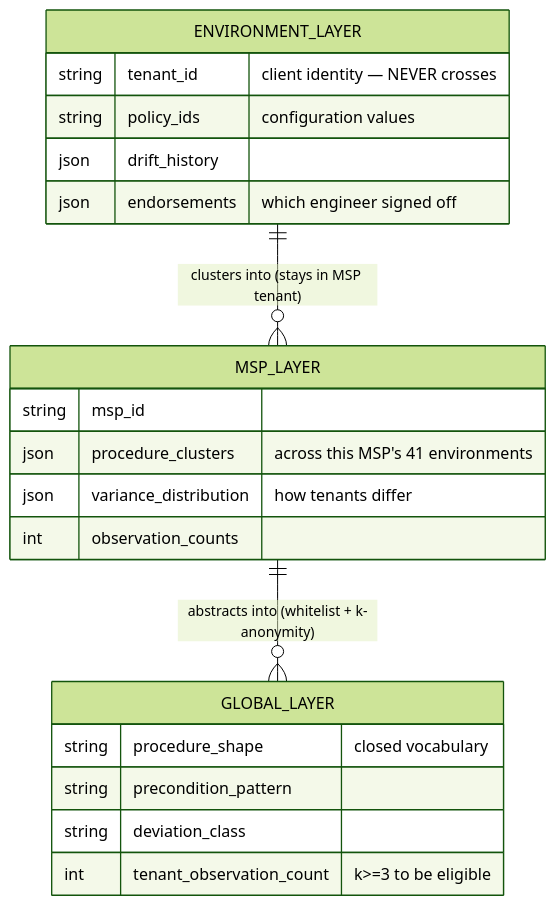
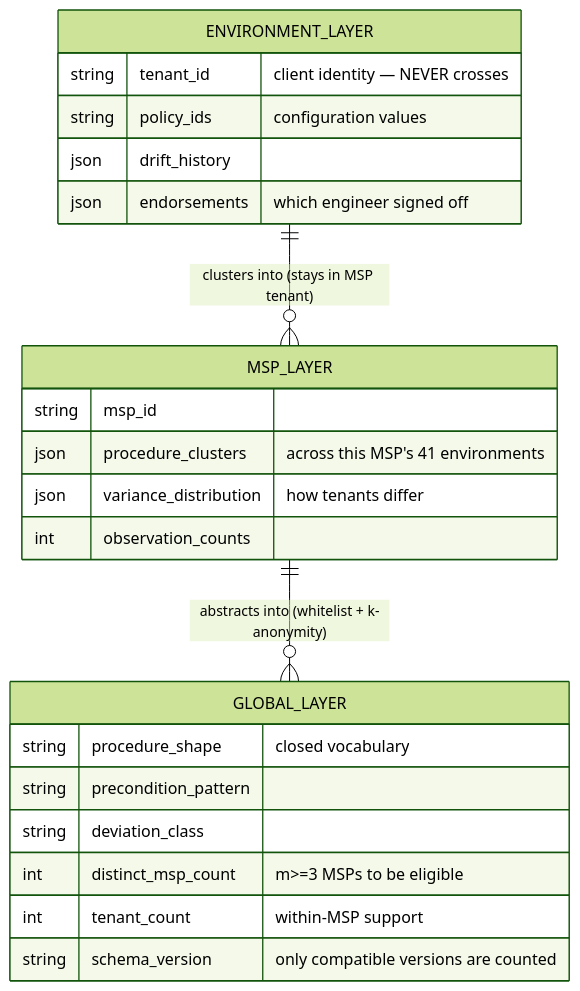
Before and after one commit to shreramsp/understudy-founder-pack: the diagram in tech/architecture/D04.md, drawn with Mermaid (forest theme). The commit also changed other lines of this file and 16 other files, not shown here.

````diff
--- a/tech/architecture/D04.md
+++ b/tech/architecture/D04.md
@@ -3,23 +3,25 @@
 ```mermaid
 erDiagram
   ENVIRONMENT_LAYER {
     string tenant_id "client identity — NEVER crosses"
     string policy_ids "configuration values"
     json   drift_history
     json   endorsements "which engineer signed off"
   }
   MSP_LAYER {
     string msp_id
     json   procedure_clusters "across this MSP's 41 environments"
     json   variance_distribution "how tenants differ"
     int    observation_counts
   }
   GLOBAL_LAYER {
     string procedure_shape "closed vocabulary"
     string precondition_pattern
     string deviation_class
-    int    tenant_observation_count "k>=3 to be eligible"
+    int    distinct_msp_count "m>=3 MSPs to be eligible"
+    int    tenant_count "within-MSP support"
+    string schema_version "only compatible versions are counted"
   }
   ENVIRONMENT_LAYER ||--o{ MSP_LAYER : "clusters into (stays in MSP tenant)"
   MSP_LAYER ||--o{ GLOBAL_LAYER : "abstracts into (whitelist + k-anonymity)"
 ```
````
